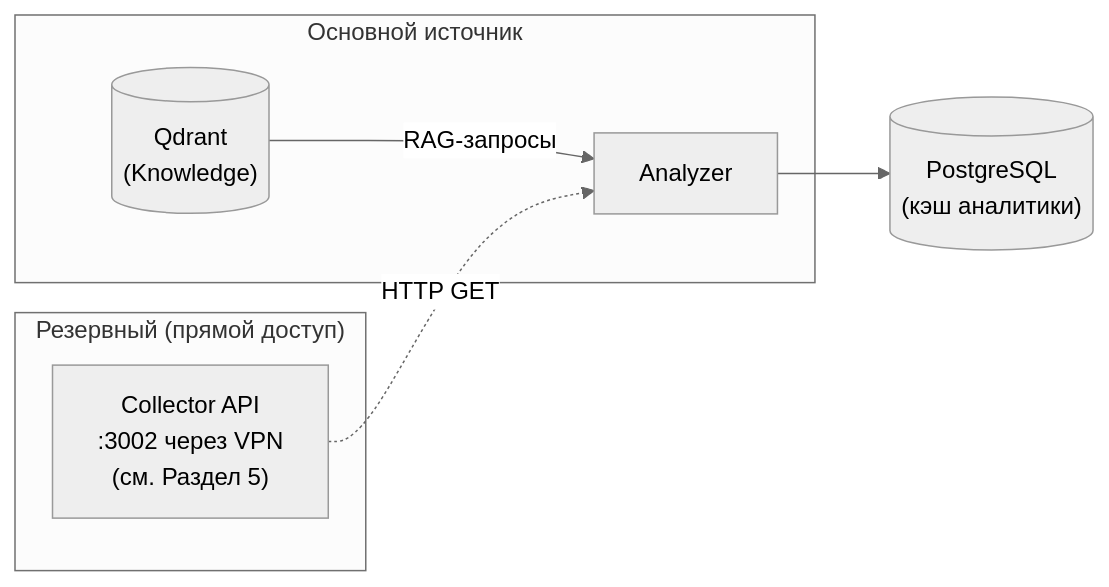
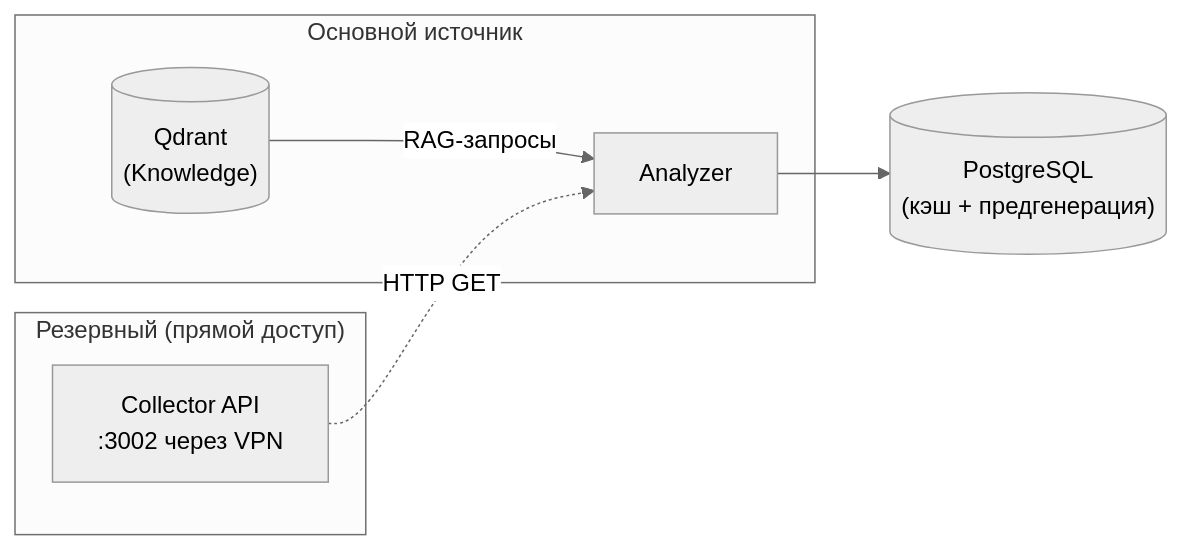
One commit to Sign25/Docs changed the fourth of 7 diagrams in watcher/adolf_watcher_6_analyzer_open_webui.md. Above: the diagram before and after it, drawn with Mermaid (neutral theme). The commit also changed other lines of this file, not shown here.

Commit message:
Watcher v4.2: Раздел 6 — дашборд с баннерами (вместо чат-интерфейса), AI-чат отдельно на главной

````diff
--- a/watcher/adolf_watcher_6_analyzer_open_webui.md
+++ b/watcher/adolf_watcher_6_analyzer_open_webui.md
@@ -286,12 +313,12 @@
 ```mermaid
 flowchart LR
     subgraph PRIMARY["Основной источник"]
         QD[("Qdrant<br/>(Knowledge)")] -->|"RAG-запросы"| AZ["Analyzer"]
     end
 
     subgraph FALLBACK["Резервный (прямой доступ)"]
-        COL["Collector API<br/>:3002 через VPN<br/>(см. Раздел 5)"] -.->|"HTTP GET"| AZ
+        COL["Collector API<br/>:3002 через VPN"] -.->|"HTTP GET"| AZ
     end
 
-    AZ --> PG[("PostgreSQL<br/>(кэш аналитики)")]
+    AZ --> PG[("PostgreSQL<br/>(кэш + предгенерация)")]
 ```
````
